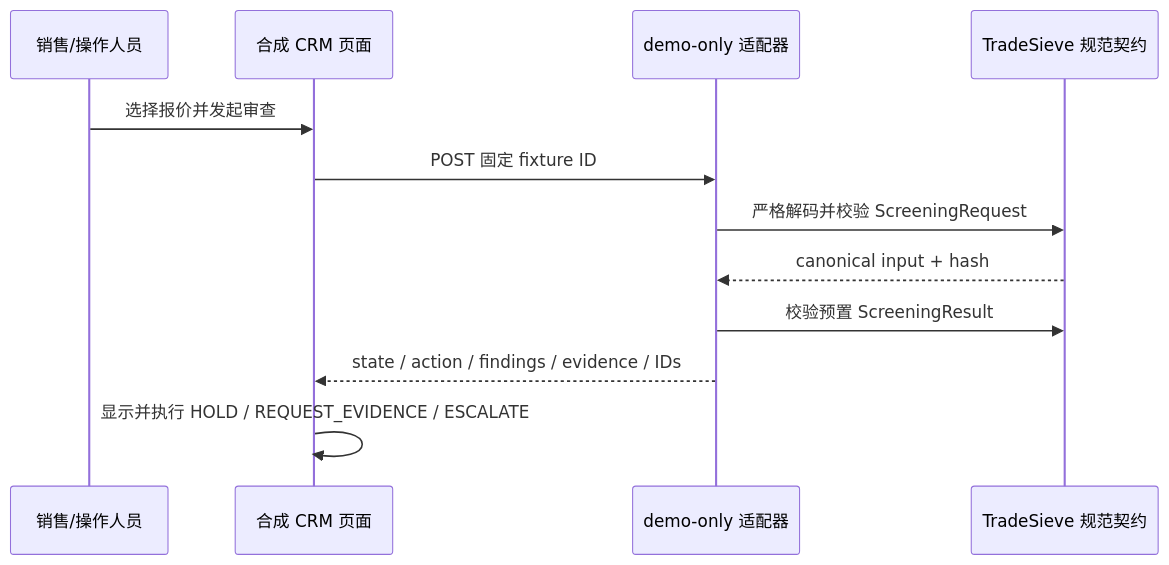
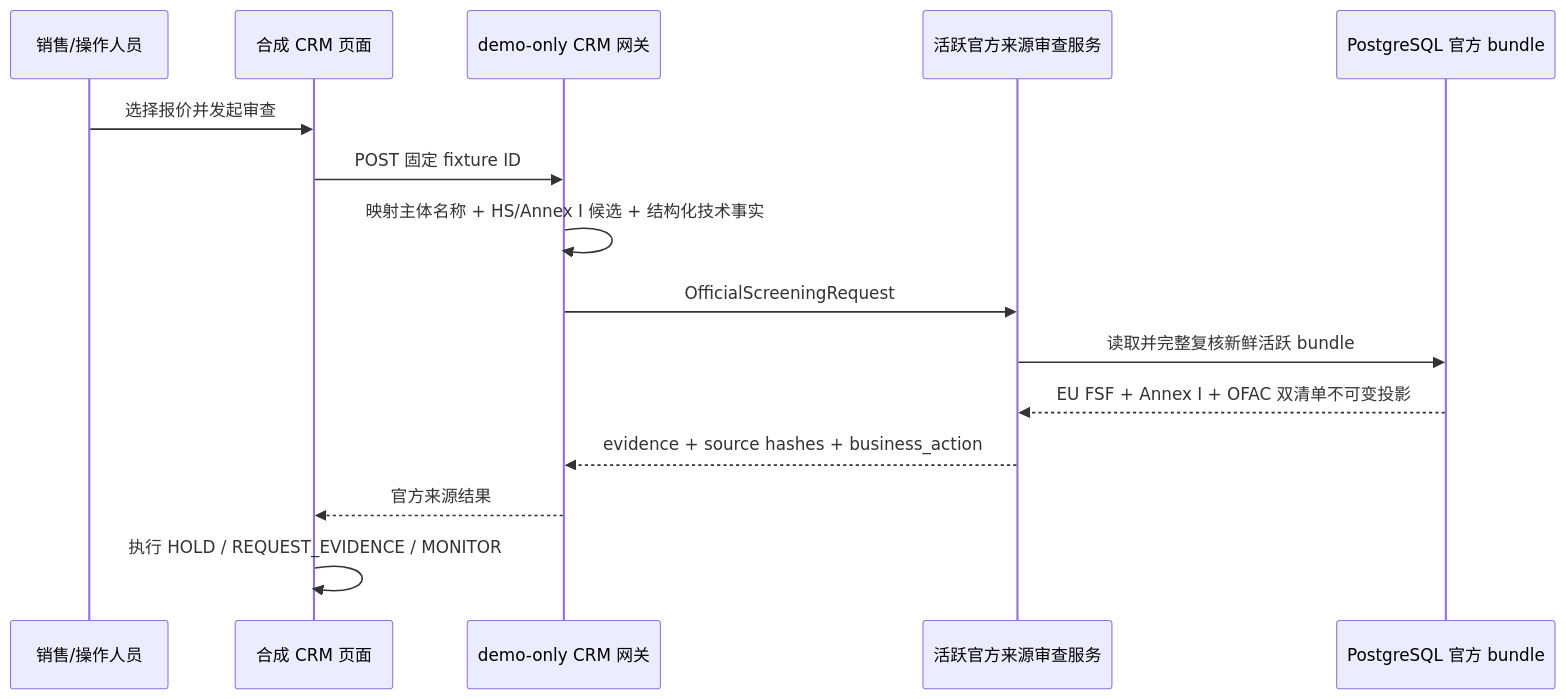
Before and after one commit to fyaic/TradeSieve: the diagram in docs/getting-started/demo-crm.md, drawn with Mermaid. The commit also changed other lines of this file and 95 other files, not shown here.

First line of the commit message:
feat: ship TradeSieve 0.1 alpha screening prototype (#45)

````diff
--- a/docs/getting-started/demo-crm.md
+++ b/docs/getting-started/demo-crm.md
@@ -58,15 +70,18 @@
 ```mermaid
 sequenceDiagram
     participant User as 销售/操作人员
     participant CRM as 合成 CRM 页面
-    participant Demo as demo-only 适配器
-    participant Contract as TradeSieve 规范契约
+    participant Demo as demo-only CRM 网关
+    participant Service as 活跃官方来源审查服务
+    participant DB as PostgreSQL 官方 bundle
 
     User->>CRM: 选择报价并发起审查
     CRM->>Demo: POST 固定 fixture ID
-    Demo->>Contract: 严格解码并校验 ScreeningRequest
-    Contract-->>Demo: canonical input + hash
-    Demo->>Contract: 校验预置 ScreeningResult
-    Demo-->>CRM: state / action / findings / evidence / IDs
-    CRM->>CRM: 显示并执行 HOLD / REQUEST_EVIDENCE / ESCALATE
+    Demo->>Demo: 映射主体名称 + HS/Annex I 候选 + 结构化技术事实
+    Demo->>Service: OfficialScreeningRequest
+    Service->>DB: 读取并完整复核新鲜活跃 bundle
+    DB-->>Service: EU FSF + Annex I + OFAC 双清单不可变投影
+    Service-->>Demo: evidence + source hashes + business_action
+    Demo-->>CRM: 官方来源结果
+    CRM->>CRM: 执行 HOLD / REQUEST_EVIDENCE / MONITOR
 ```
````
